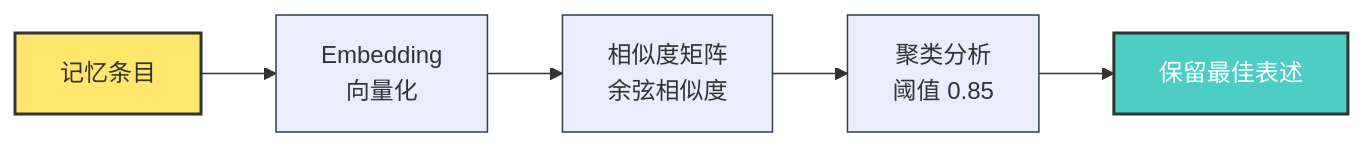
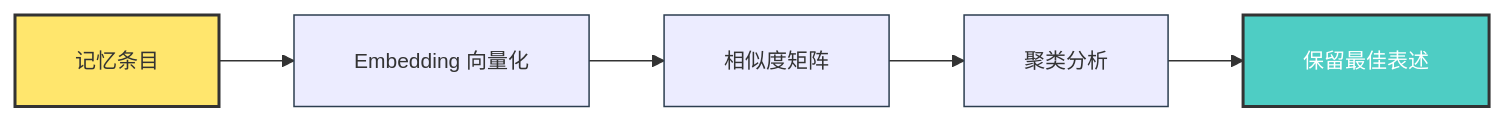
Before and after one commit to yufengyuanx/blog: the sixth of 11 diagrams in docs/research/claude-code-auto-dream.md, drawn with Mermaid. The commit also changed other lines of this file, not shown here.

Commit message:
fix: 优化所有 Mermaid 图表文字显示（减小字体 + 简化文字 + 自动换行）

````diff
--- a/docs/research/claude-code-auto-dream.md
+++ b/docs/research/claude-code-auto-dream.md
@@ -348,11 +348,11 @@
 ```mermaid
-%%{init: {'theme': 'default', 'themeVariables': { 'fontSize': '16px', 'nodeBorder': '#2c3e50', 'clusterBkg': '#f8f9fa' }}}%%
+%%{init: {'theme': 'default', 'themeVariables': { 'fontSize': '14px', 'nodeBorder': '#2c3e50', 'clusterBkg': '#f8f9fa', 'nodeTextMargin': 4 }, 'flowchart': { 'curve': 'basis', 'padding': 20 }}}%%
 graph LR
-    A[记忆条目] --> B[Embedding\n向量化]
-    B --> C[相似度矩阵\n余弦相似度]
-    C --> D[聚类分析\n阈值 0.85]
+    A[记忆条目] --> B[Embedding 向量化]
+    B --> C[相似度矩阵]
+    C --> D[聚类分析]
     D --> E[保留最佳表述]
     
     style A fill:#ffe66d,stroke:#333,stroke-width:2px
     style E fill:#4ecdc4,color:#fff,stroke:#333,stroke-width:2px
 ```
````
